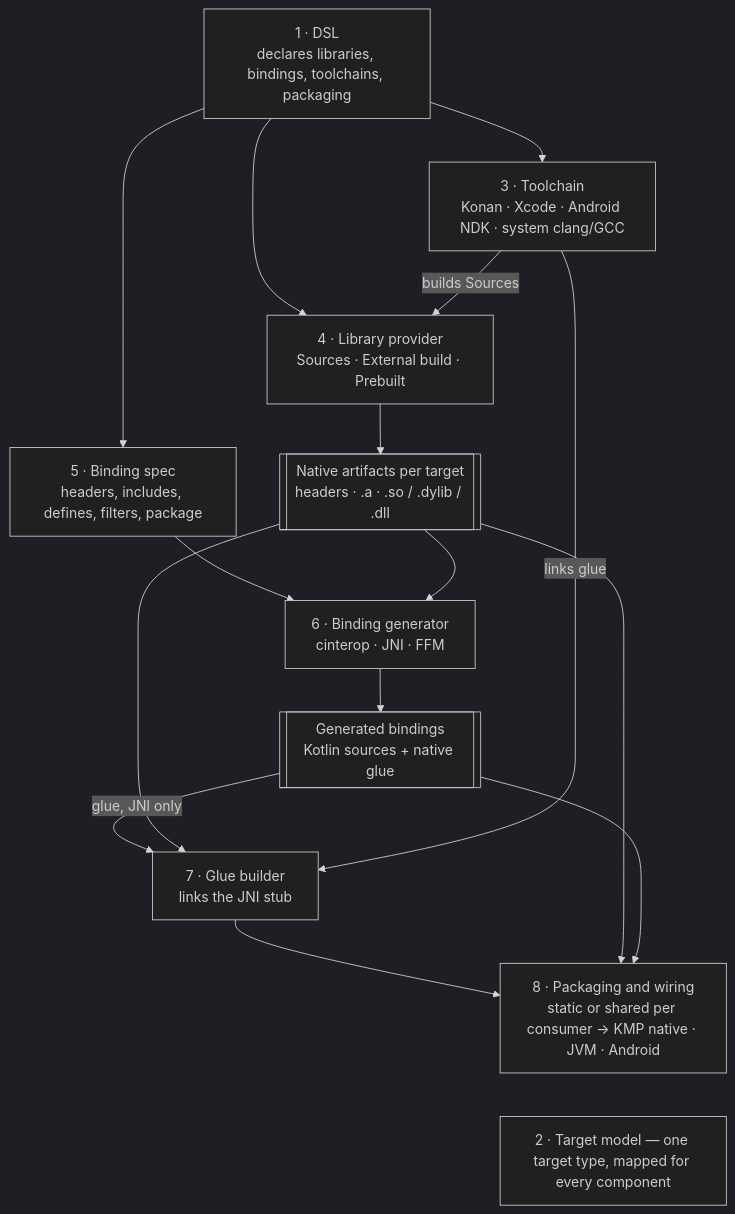
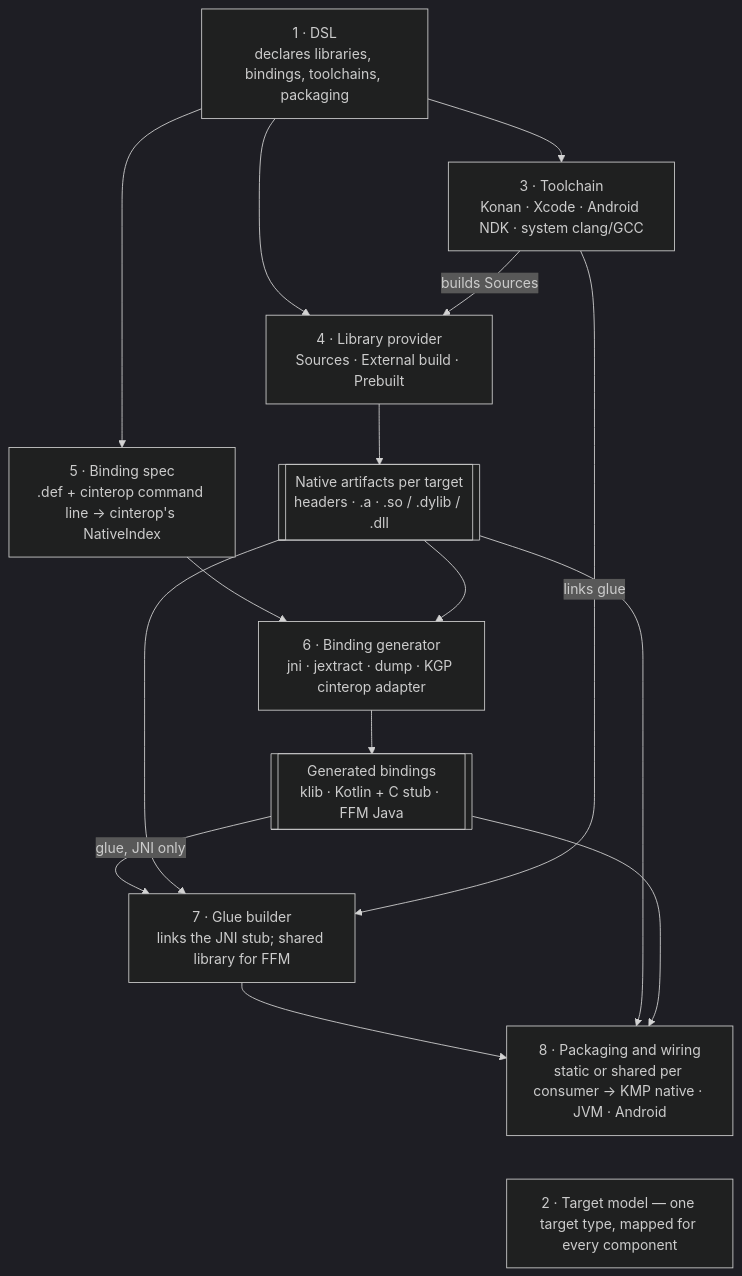
One commit to lemcoder/KonanPlugin changed the diagram in doc/interop-architecture.md. Above: the diagram before and after it, drawn with Mermaid (dark theme). The commit also changed other lines of this file, not shown here.

First line of the commit message:
docs: record the generator architecture as built

````diff
--- a/doc/interop-architecture.md
+++ b/doc/interop-architecture.md
@@ -72,29 +75,29 @@
 ```mermaid
 flowchart TD
     DSL["1 · DSL<br/>declares libraries, bindings, toolchains, packaging"]
     TC["3 · Toolchain<br/>Konan · Xcode · Android NDK · system clang/GCC"]
     LP["4 · Library provider<br/>Sources · External build · Prebuilt"]
-    SPEC["5 · Binding spec<br/>headers, includes, defines, filters, package"]
+    SPEC["5 · Binding spec<br/>.def + cinterop command line → cinterop's NativeIndex"]
     NA[["Native artifacts per target<br/>headers · .a · .so / .dylib / .dll"]]
-    GEN["6 · Binding generator<br/>cinterop · JNI · FFM"]
-    GB[["Generated bindings<br/>Kotlin sources + native glue"]]
-    GLUE["7 · Glue builder<br/>links the JNI stub"]
+    GEN["6 · Binding generator<br/>jni · jextract · dump · KGP cinterop adapter"]
+    GB[["Generated bindings<br/>klib · Kotlin + C stub · FFM Java"]]
+    GLUE["7 · Glue builder<br/>links the JNI stub; shared library for FFM"]
     PKG["8 · Packaging and wiring<br/>static or shared per consumer → KMP native · JVM · Android"]
     TM["2 · Target model — one target type, mapped for every component"]
 
     DSL --> TC
     DSL --> LP
     DSL --> SPEC
     TC -- builds Sources --> LP
     LP --> NA
     SPEC --> GEN
     NA --> GEN
     GEN --> GB
     GB -- glue, JNI only --> GLUE
     NA --> GLUE
     TC -- links glue --> GLUE
     GLUE --> PKG
     NA --> PKG
     GB --> PKG
     PKG ~~~ TM
 ```
````
